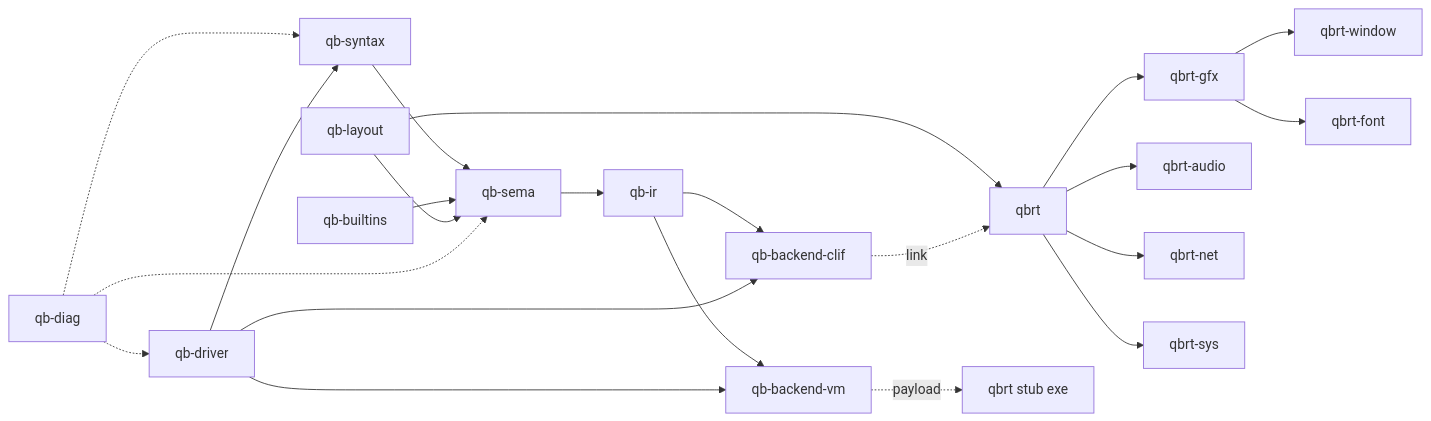
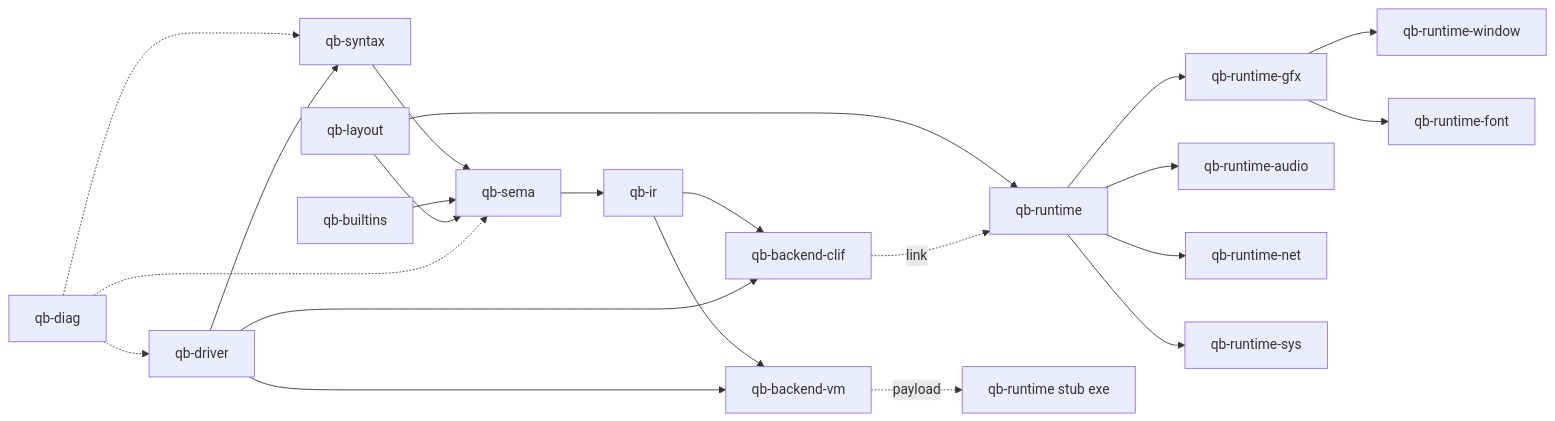
Before and after one commit to thirawat27/QBNex: the first of 2 diagrams in docs/rust-port/port-plan.md, drawn with Mermaid. The commit also changed other lines of this file and 735 other files, not shown here.

````diff
--- a/docs/rust-port/port-plan.md
+++ b/docs/rust-port/port-plan.md
@@ -100,19 +100,19 @@
 ```mermaid
 flowchart LR
   syntax[qb-syntax] --> sema[qb-sema]
   builtins[qb-builtins] --> sema
   layout[qb-layout] --> sema
   sema --> ir[qb-ir]
   ir --> vm[qb-backend-vm]
   ir --> clif[qb-backend-clif]
   diag[qb-diag] -.-> syntax & sema & driver
   driver[qb-driver] --> syntax
   driver --> vm & clif
-  layout --> qbrt
-  qbrt --> gfx[qbrt-gfx] --> win[qbrt-window]
-  qbrt --> audio[qbrt-audio]
-  qbrt --> net[qbrt-net] & sys[qbrt-sys]
-  gfx --> font[qbrt-font]
-  vm -.payload.-> stub[qbrt stub exe]
-  clif -.link.-> qbrt
+  layout --> qb-runtime
+  qb-runtime --> gfx[qb-runtime-gfx] --> win[qb-runtime-window]
+  qb-runtime --> audio[qb-runtime-audio]
+  qb-runtime --> net[qb-runtime-net] & sys[qb-runtime-sys]
+  gfx --> font[qb-runtime-font]
+  vm -.payload.-> stub[qb-runtime stub exe]
+  clif -.link.-> qb-runtime
 ```
````
